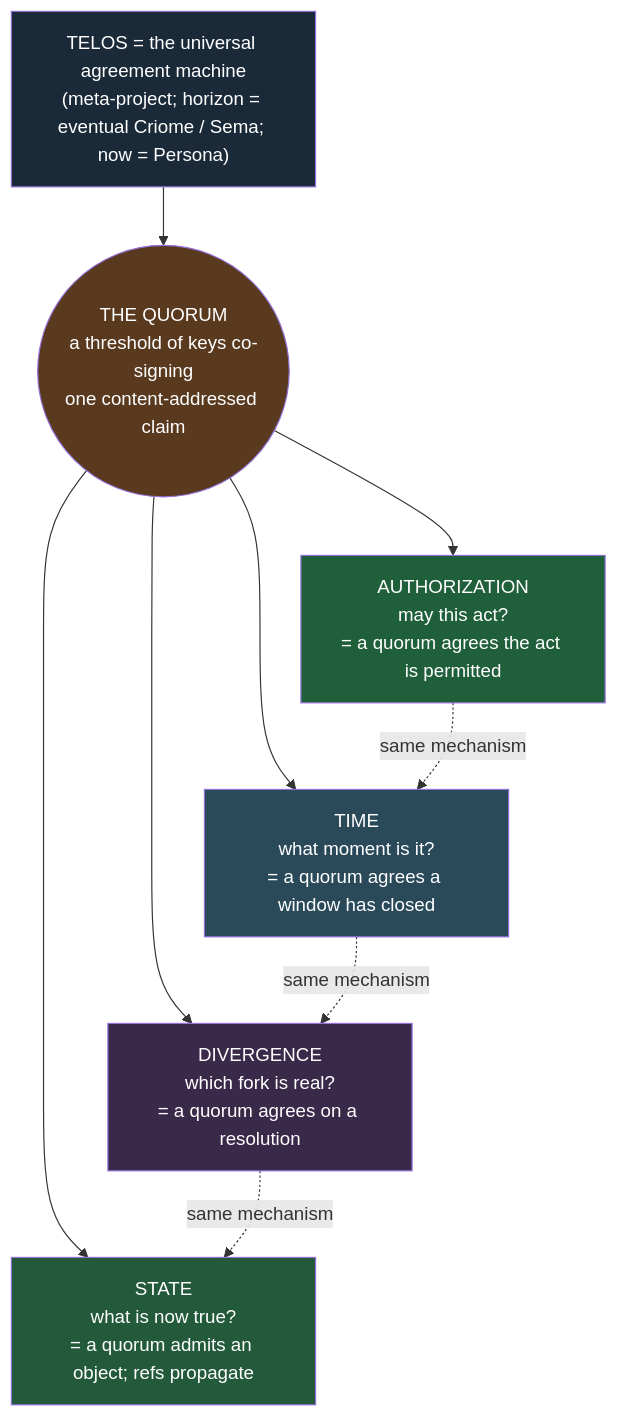
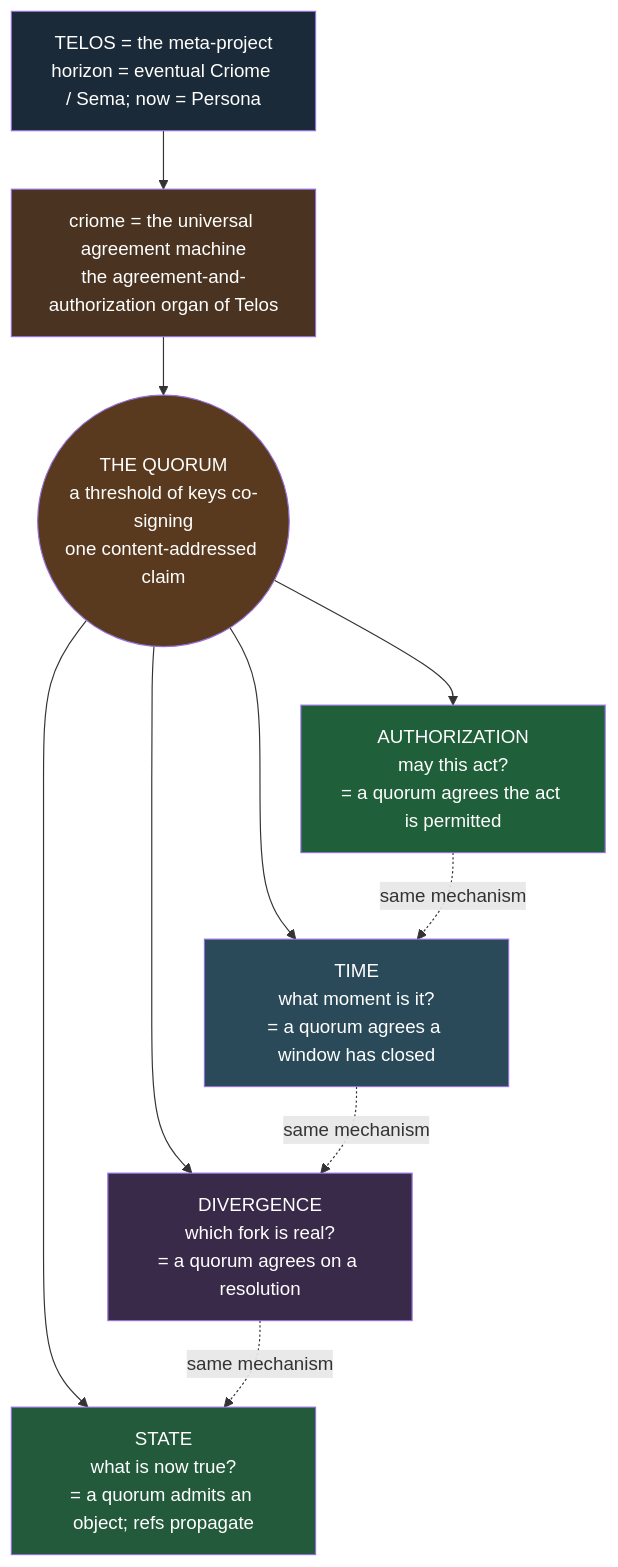
The first of 8 diagrams in reports/designer/677-telos-the-agreement-machine.md (LiGoldragon/primary), drawn with Mermaid before and after one commit. The commit also changed other lines of this file, not shown here.

Commit message:
designer: 677 + obuf level-fix — the agreement machine is criome (the auth organ), not Telos (the meta-project); supersede the hallucinated obuf wording

````diff
--- a/reports/designer/677-telos-the-agreement-machine.md
+++ b/reports/designer/677-telos-the-agreement-machine.md
@@ -30,18 +31,20 @@
 ```mermaid
 flowchart TB
   Q(("THE QUORUM<br/>a threshold of keys co-signing<br/>one content-addressed claim"))
   A["AUTHORIZATION<br/>may this act?<br/>= a quorum agrees the act is permitted"]
   T["TIME<br/>what moment is it?<br/>= a quorum agrees a window has closed"]
   D["DIVERGENCE<br/>which fork is real?<br/>= a quorum agrees on a resolution"]
   S["STATE<br/>what is now true?<br/>= a quorum admits an object; refs propagate"]
   Q --> A & T & D & S
   A -.same mechanism.-> T -.same mechanism.-> D -.same mechanism.-> S
-  Telos["TELOS = the universal agreement machine<br/>(meta-project; horizon = eventual Criome / Sema; now = Persona)"]
-  Telos --> Q
+  Telos["TELOS = the meta-project<br/>horizon = eventual Criome / Sema; now = Persona"]
+  Criome["criome = the universal agreement machine<br/>the agreement-and-authorization organ of Telos"]
+  Telos --> Criome --> Q
   style Telos fill:#1b2a38,color:#fff
+  style Criome fill:#4a3320,color:#fff
   style Q fill:#5a3a1f,color:#fff
   style A fill:#1f5f3a,color:#fff
   style T fill:#2a4a5a,color:#fff
   style D fill:#3a2a4a,color:#fff
   style S fill:#245a3c,color:#fff
 ```
````
